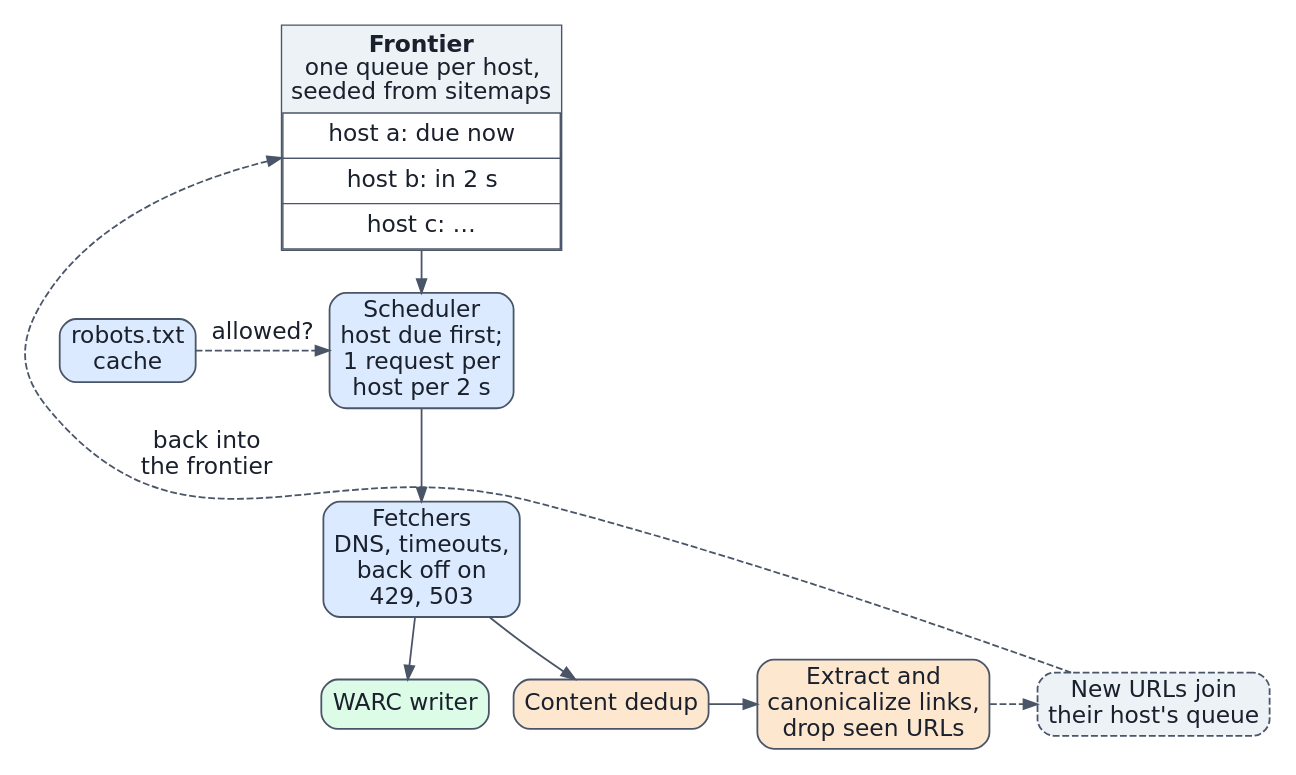
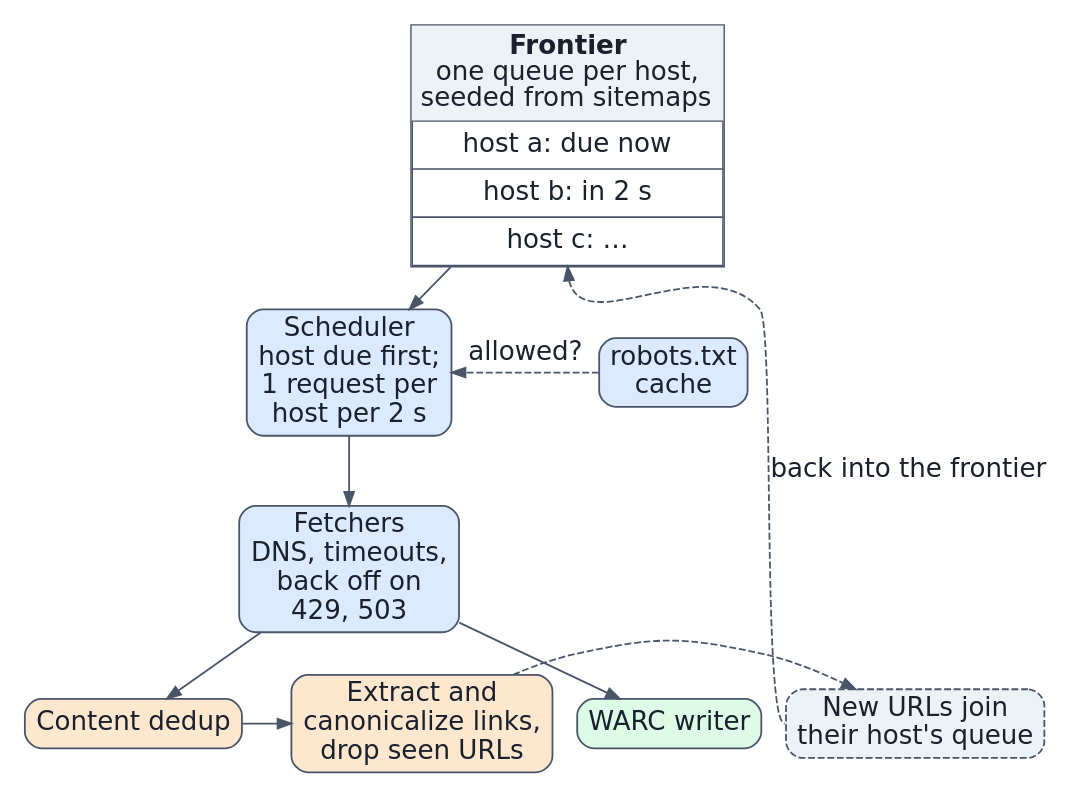
Before and after one commit to Beaker12/llmatlas: the diagram in chapters/03-data-acquisition/figures/crawler-architecture.dot, drawn with Graphviz. The commit also changed 7 other files, not shown here.

```diff
--- a/chapters/03-data-acquisition/figures/crawler-architecture.dot
+++ b/chapters/03-data-acquisition/figures/crawler-architecture.dot
@@ -1,20 +1,20 @@
 digraph crawler_architecture {
-  graph [fontname="DejaVu Sans", fontsize=17, nodesep=0.25, ranksep=0.4, pad=0.15];
-  node [fontname="DejaVu Sans", fontsize=17, fontcolor="#1a202c", shape=box, style="rounded,filled", fillcolor="#ffffff", color="#4a5568", penwidth=1.3]; edge [fontname="DejaVu Sans", fontsize=17, fontcolor="#1a202c", color="#4a5568", penwidth=1.3];
+  graph [fontname="DejaVu Sans", fontsize=19, nodesep=0.25, ranksep=0.4, pad=0.15];
+  node [fontname="DejaVu Sans", fontsize=19, fontcolor="#1a202c", shape=box, style="rounded,filled", fillcolor="#ffffff", color="#4a5568", penwidth=1.3]; edge [fontname="DejaVu Sans", fontsize=19, fontcolor="#1a202c", color="#4a5568", penwidth=1.3];
   frontier [shape=plain, style="", label=<<TABLE BORDER="1" CELLBORDER="1" CELLSPACING="0" CELLPADDING="6" COLOR="#4a5568" BGCOLOR="#edf2f7"><TR><TD BORDER="0"><B>Frontier</B><BR/>one queue per host,<BR/>seeded from sitemaps</TD></TR><TR><TD BGCOLOR="#ffffff">host a: due now</TD></TR><TR><TD BGCOLOR="#ffffff">host b: in 2 s</TD></TR><TR><TD BGCOLOR="#ffffff">host c: …</TD></TR></TABLE>>];
   robots [label="robots.txt\ncache", fillcolor="#dbeafe"];
   sched [label="Scheduler\nhost due first;\n1 request per\nhost per 2 s", fillcolor="#dbeafe"];
   fetchers [label="Fetchers\nDNS, timeouts,\nback off on\n429, 503", fillcolor="#dbeafe"];
   warc [label="WARC writer", fillcolor="#dcfce7"];
   dedup [label="Content dedup", fillcolor="#fde7cf"];
   links [label="Extract and\ncanonicalize links,\ndrop seen URLs", fillcolor="#fde7cf"];
   back [label="New URLs join\ntheir host's queue", style="rounded,filled,dashed", fillcolor="#edf2f7"];
   frontier -> sched;
   robots -> sched [style=dashed, label=" allowed?"];
   sched -> fetchers -> warc;
   fetchers -> dedup -> links;
   links -> back [style=dashed];
-  back -> frontier [style=dashed, constraint=false, label=" back into\n the frontier"];
+  frontier:s -> back:w [dir=back, style=dashed, label="back into the frontier"];
   {rank=same; sched; robots}
   {rank=same; warc; dedup; links; back}
 }
```
